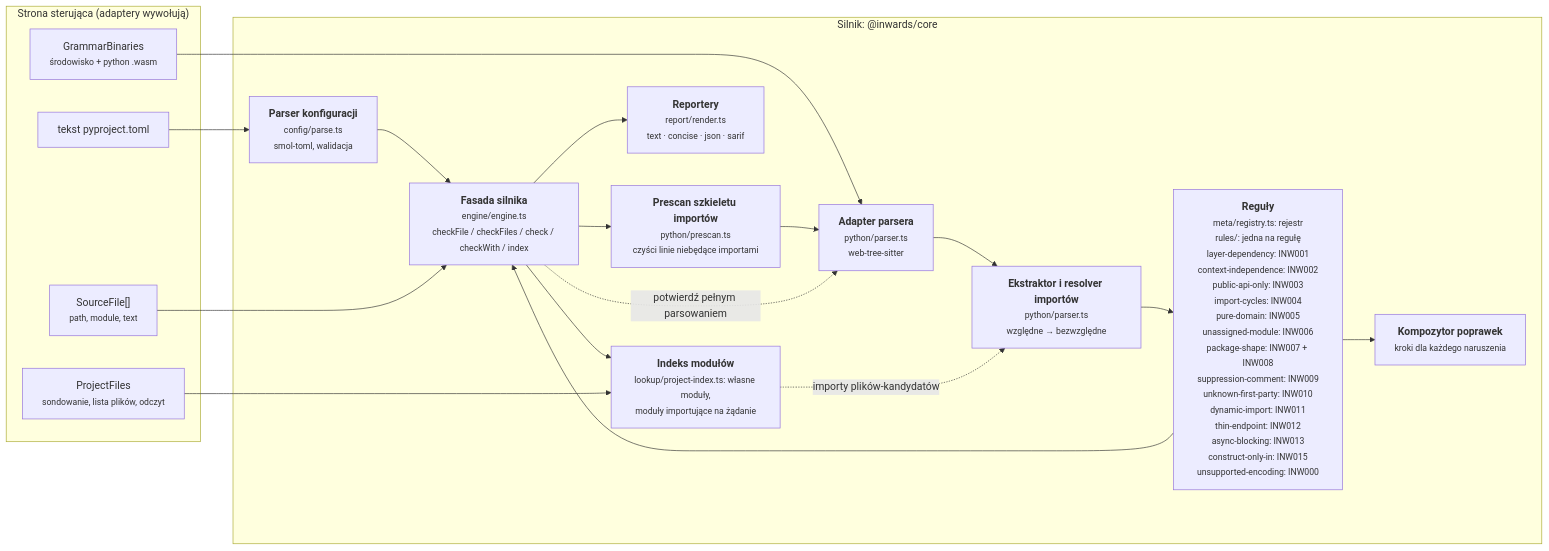
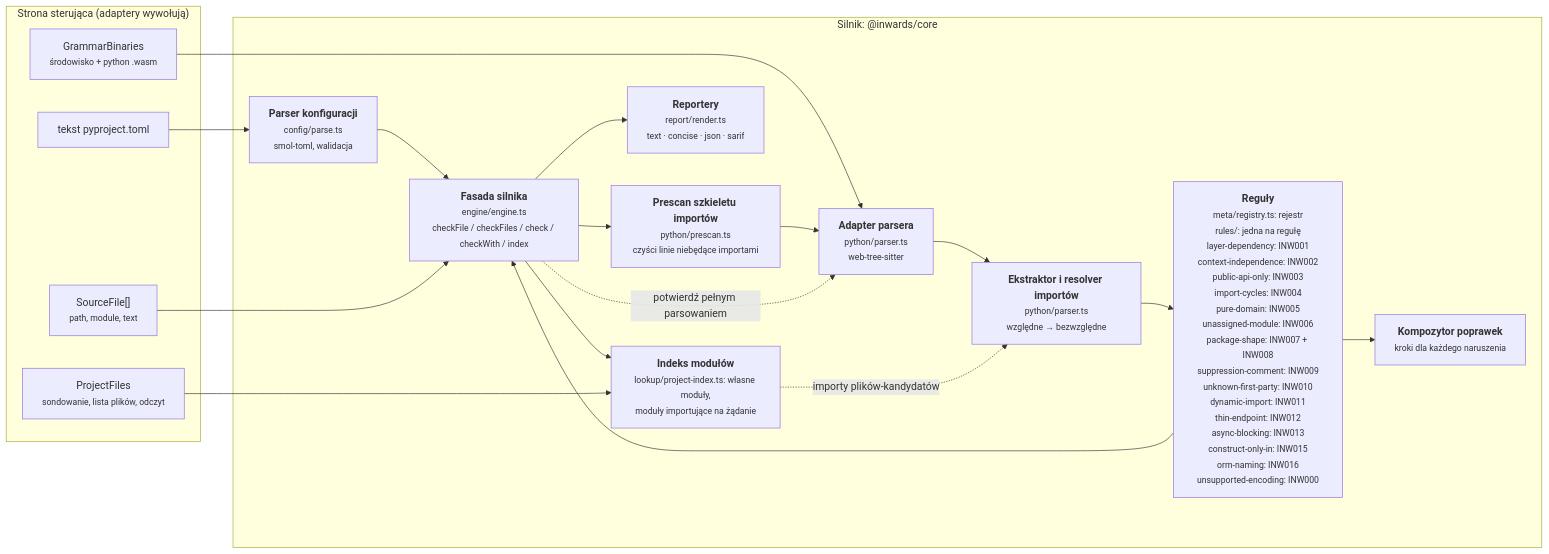
Before and after one commit to SirCypkowskyy/inwards: the third of 6 diagrams in docs/pl/03-Architecture-C4.md, drawn with Mermaid. The commit also changed other lines of this file and 32 other files, not shown here.

````diff
--- a/docs/pl/03-Architecture-C4.md
+++ b/docs/pl/03-Architecture-C4.md
@@ -110,33 +110,33 @@
 ```mermaid
 flowchart LR
     subgraph driving["Strona sterująca (adaptery wywołują)"]
         files["SourceFile[]<br/><small>path, module, text</small>"]
         cfgtext["tekst pyproject.toml"]
         wasm["GrammarBinaries<br/><small>środowisko + python .wasm</small>"]
         pfiles["ProjectFiles<br/><small>sondowanie, lista plików, odczyt</small>"]
     end
 
     subgraph enginebox["Silnik: @inwards/core"]
         config["<b>Parser konfiguracji</b><br/><small>config/parse.ts<br/>smol-toml, walidacja</small>"]
         pre["<b>Prescan szkieletu importów</b><br/><small>python/prescan.ts<br/>czyści linie niebędące importami</small>"]
         parser["<b>Adapter parsera</b><br/><small>python/parser.ts<br/>web-tree-sitter</small>"]
         extract["<b>Ekstraktor i resolver importów</b><br/><small>python/parser.ts<br/>względne → bezwzględne</small>"]
-        rules["<b>Reguły</b><br/><small>meta/registry.ts: rejestr<br/>rules/: jedna na regułę<br/>layer-dependency: INW001<br/>context-independence: INW002<br/>public-api-only: INW003<br/>import-cycles: INW004<br/>pure-domain: INW005<br/>unassigned-module: INW006<br/>package-shape: INW007 + INW008<br/>suppression-comment: INW009<br/>unknown-first-party: INW010<br/>dynamic-import: INW011<br/>thin-endpoint: INW012<br/>async-blocking: INW013<br/>construct-only-in: INW015<br/>unsupported-encoding: INW000</small>"]
+        rules["<b>Reguły</b><br/><small>meta/registry.ts: rejestr<br/>rules/: jedna na regułę<br/>layer-dependency: INW001<br/>context-independence: INW002<br/>public-api-only: INW003<br/>import-cycles: INW004<br/>pure-domain: INW005<br/>unassigned-module: INW006<br/>package-shape: INW007 + INW008<br/>suppression-comment: INW009<br/>unknown-first-party: INW010<br/>dynamic-import: INW011<br/>thin-endpoint: INW012<br/>async-blocking: INW013<br/>construct-only-in: INW015<br/>orm-naming: INW016<br/>unsupported-encoding: INW000</small>"]
         fix["<b>Kompozytor poprawek</b><br/><small>kroki dla każdego naruszenia</small>"]
         report["<b>Reportery</b><br/><small>report/render.ts<br/>text · concise · json · sarif</small>"]
         engine["<b>Fasada silnika</b><br/><small>engine/engine.ts<br/>checkFile / checkFiles / check / checkWith / index</small>"]
         modgraph["<b>Indeks modułów</b><br/><small>lookup/project-index.ts: własne moduły,<br/>moduły importujące na żądanie</small>"]
     end
 
     cfgtext --> config --> engine
     wasm --> parser
     files --> engine
     engine --> pre --> parser --> extract --> rules
     rules --> fix
     rules --> engine
     engine -. "potwierdź pełnym parsowaniem" .-> parser
     engine --> modgraph
     pfiles --> modgraph
     modgraph -. "importy plików-kandydatów" .-> extract
     engine --> report
 ```
````
